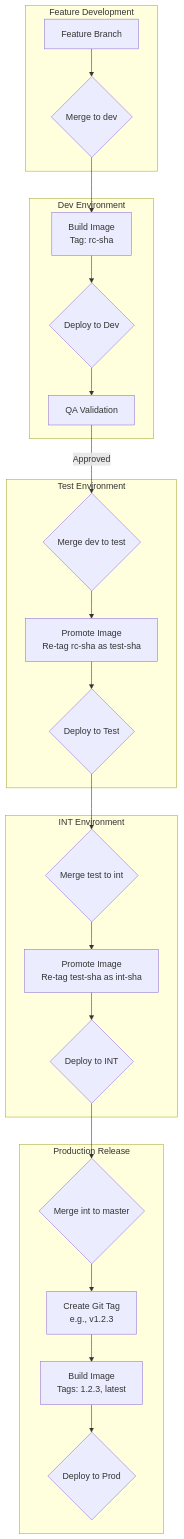
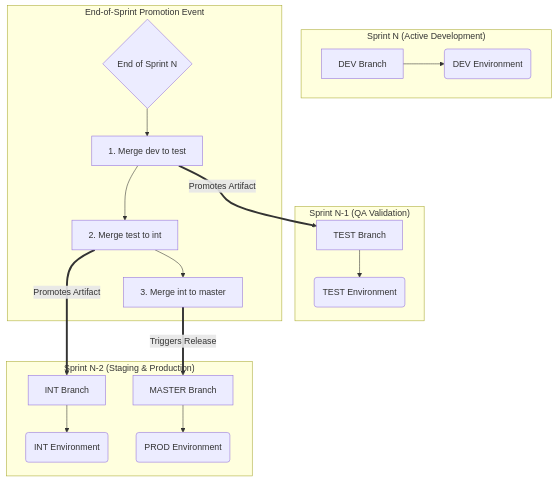
Before and after one commit to zackbunch/Auto-Release: the diagram in CONOPS.md, drawn with Mermaid. The commit also changed other lines of this file, not shown here.

````diff
--- a/CONOPS.md
+++ b/CONOPS.md
@@ -57,31 +60,28 @@
 ```mermaid
 flowchart TD
-    subgraph "Feature Development"
-        A[Feature Branch] --> B{Merge to dev};
+    subgraph "Sprint N (Active Development)"
+        DevBranch[DEV Branch] --> DevEnv(DEV Environment);
     end
 
-    subgraph "Dev Environment"
-        B --> C[Build Image<br>Tag: rc-sha];
-        C --> D{Deploy to Dev};
-        D --> E[QA Validation];
+    subgraph "Sprint N-1 (QA Validation)"
+        TestBranch[TEST Branch] --> TestEnv(TEST Environment);
     end
 
-    subgraph "Test Environment"
-        E -- Approved --> F{Merge dev to test};
-        F --> G[Promote Image<br>Re-tag rc-sha as test-sha];
-        G --> H{Deploy to Test};
+    subgraph "Sprint N-2 (Staging & Production)"
+        IntBranch[INT Branch] --> IntEnv(INT Environment);
+        MasterBranch[MASTER Branch] --> ProdEnv(PROD Environment);
     end
 
-    subgraph "INT Environment"
-        H --> I{Merge test to int};
-        I --> J[Promote Image<br>Re-tag test-sha as int-sha];
-        J --> K{Deploy to INT};
+    subgraph "End-of-Sprint Promotion Event"
+        EndOfSprint{End of Sprint N};
+        P1[1. Merge dev to test];
+        P2[2. Merge test to int];
+        P3[3. Merge int to master];
+        
+        EndOfSprint --> P1 --> P2 --> P3;
     end
 
-    subgraph "Production Release"
-        K --> L{Merge int to master};
-        L --> M[Create Git Tag<br>e.g., v1.2.3];
-        M --> N[Build Image<br>Tags: 1.2.3, latest];
-        N --> O{Deploy to Prod};
-    end
+    P1 ==>|Promotes Artifact| TestBranch;
+    P2 ==>|Promotes Artifact| IntBranch;
+    P3 ==>|Triggers Release| MasterBranch;
 ```
````
